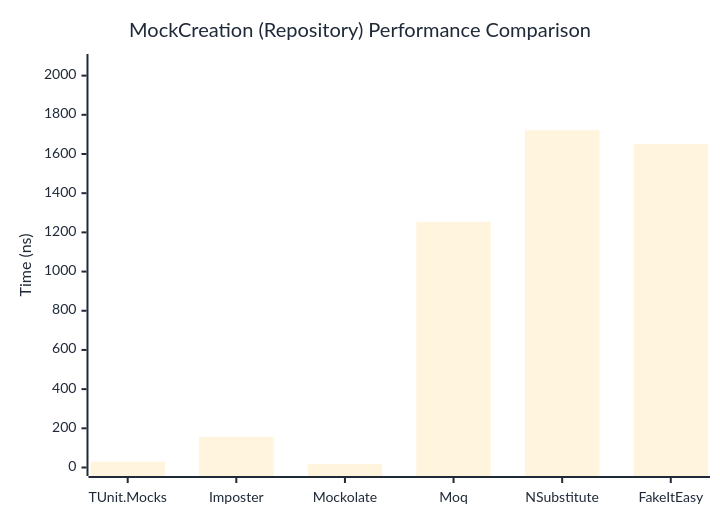
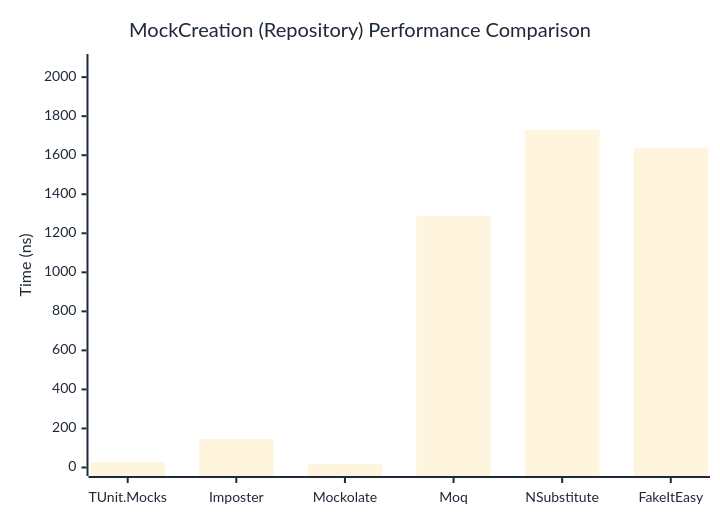
Before and after one commit to thomhurst/TUnit: the second of 2 diagrams in docs/docs/benchmarks/mocks/MockCreation.md, drawn with Mermaid. The commit also changed other lines of this file and 14 other files, not shown here.

````diff
--- a/docs/docs/benchmarks/mocks/MockCreation.md
+++ b/docs/docs/benchmarks/mocks/MockCreation.md
@@ -71,27 +71,27 @@
 ```mermaid
 %%{init: {
   'theme':'base',
   'themeVariables': {
     'primaryColor': '#2563eb',
     'primaryTextColor': '#1f2937',
     'primaryBorderColor': '#1e40af',
     'lineColor': '#6b7280',
     'secondaryColor': '#7c3aed',
     'tertiaryColor': '#dc2626',
     'background': '#ffffff',
     'pie1': '#2563eb',
     'pie2': '#7c3aed',
     'pie3': '#dc2626',
     'pie4': '#f59e0b',
     'pie5': '#10b981',
     'pie6': '#06b6d4',
     'pie7': '#ec4899',
     'pie8': '#6366f1'
   }
 }}%%
 xychart-beta
   title "MockCreation (Repository) Performance Comparison"
   x-axis ["TUnit.Mocks", "Imposter", "Mockolate", "Moq", "NSubstitute", "FakeItEasy"]
-  y-axis "Time (ns)" 0 --> 2067
-  bar [29.75, 156.26, 18.03, 1253.44, 1722.04, 1650.85]
+  y-axis "Time (ns)" 0 --> 2075
+  bar [27.31, 145.19, 18.03, 1288.77, 1728.71, 1637.65]
 ```
````
